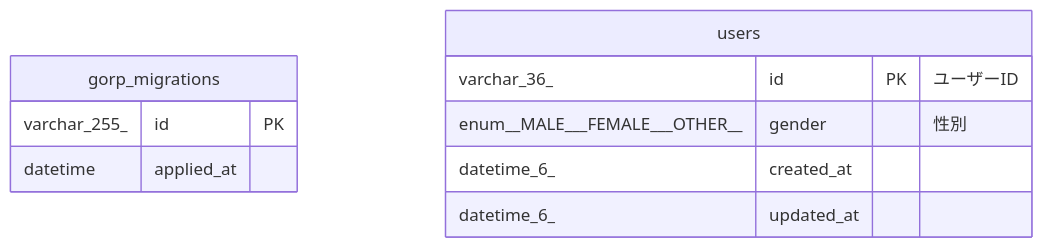
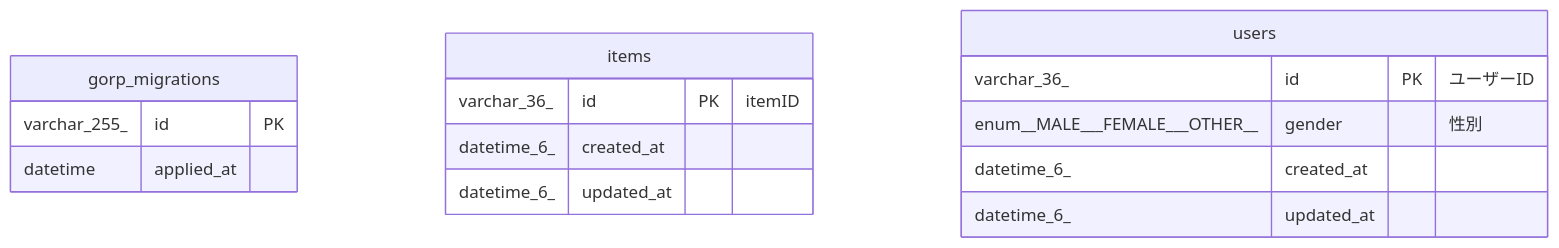
One commit to Goryudyuma/techblog-go-mysql-tools changed the diagram in docs/schema/README.md. Above: the diagram before and after it, drawn with Mermaid. The commit also changed other lines of this file and 2 other files, not shown here.

Commit message:
fix tbls modelgen

````diff
--- a/docs/schema/README.md
+++ b/docs/schema/README.md
@@ -12,15 +13,20 @@
 ```mermaid
 erDiagram
 
 
 "gorp_migrations" {
   varchar_255_ id PK ""
   datetime applied_at ""
 }
+"items" {
+  varchar_36_ id PK "itemID"
+  datetime_6_ created_at ""
+  datetime_6_ updated_at ""
+}
 "users" {
   varchar_36_ id PK "ユーザーID"
   enum__MALE___FEMALE___OTHER__ gender "性別"
   datetime_6_ created_at ""
   datetime_6_ updated_at ""
 }
 ```
````
